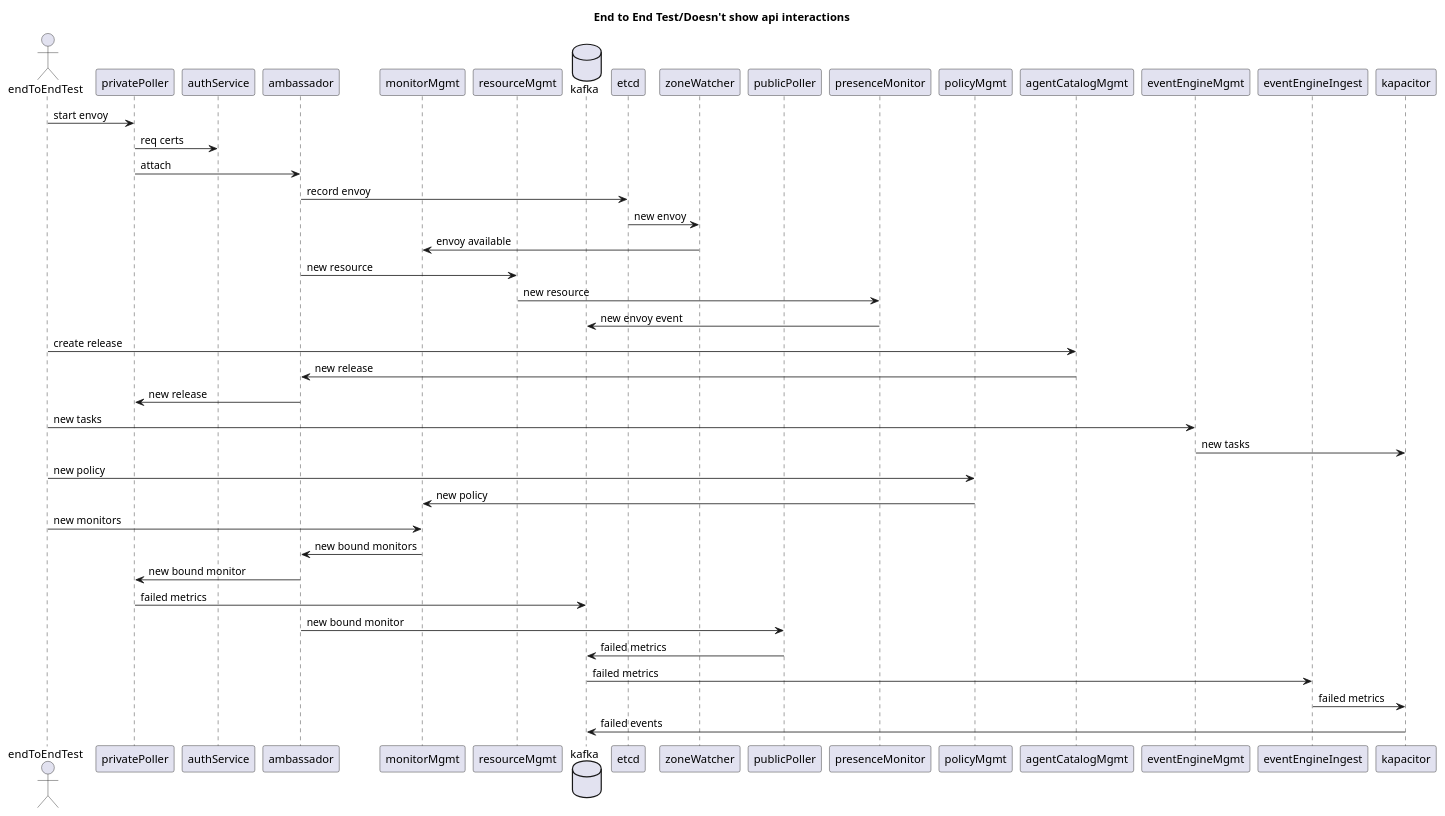
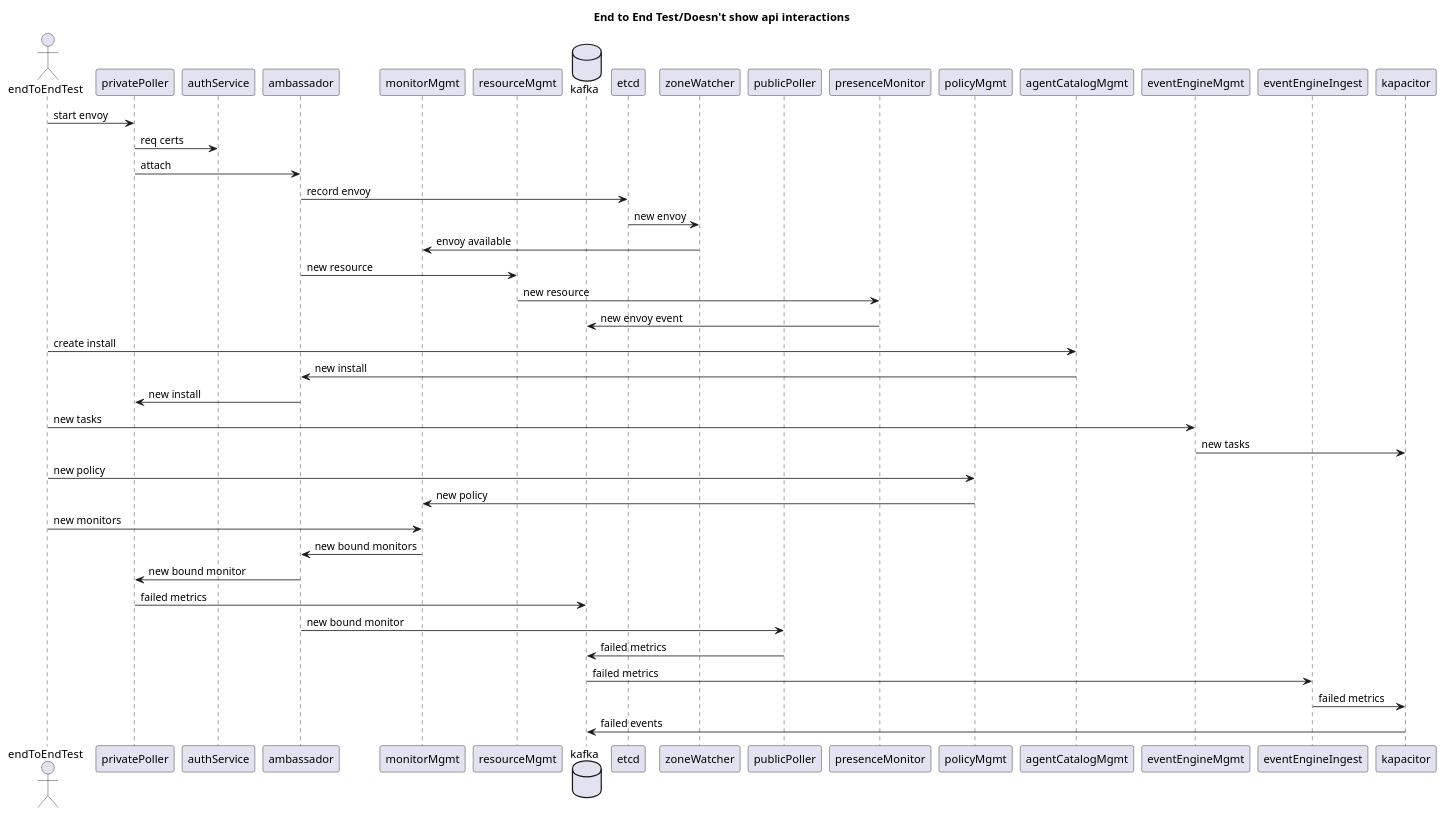
One commit to racker/salus-docs changed the diagram in design/end-to-end-test/diagram.puml. Above: the diagram before and after it, drawn with PlantUML. The commit also changed 1 other file, not shown here.

```diff
--- a/design/end-to-end-test/diagram.puml
+++ b/design/end-to-end-test/diagram.puml
@@ -1,49 +1,49 @@
 @startuml
 
 title End to End Test/Doesn't show api interactions
 
 actor endToEndTest as e2et
 participant privatePoller as en
 participant authService as auth
 participant ambassador as amb
 participant monitorMgmt as mm
 participant resourceMgmt as rm
 database kafka
 participant etcd
 participant zoneWatcher as zw
 participant publicPoller as pubP
 participant presenceMonitor as preM
 participant policyMgmt as polM
 participant agentCatalogMgmt as acm
 participant eventEngineMgmt as eem
 participant eventEngineIngest as eei
 participant kapacitor as kap
 
 
 e2et -> en: start envoy
 en -> auth: req certs
 en -> amb: attach
 amb -> etcd: record envoy
 etcd -> zw: new envoy
 zw -> mm: envoy available
 amb -> rm: new resource
 rm -> preM: new resource
 preM -> kafka: new envoy event
-e2et -> acm: create release
-acm -> amb: new release
-amb -> en: new release
+e2et -> acm: create install
+acm -> amb: new install
+amb -> en: new install
 e2et -> eem: new tasks
 eem -> kap: new tasks
 e2et -> polM: new policy
 polM -> mm: new policy
 e2et -> mm: new monitors
 mm -> amb: new bound monitors
 amb -> en: new bound monitor
 en -> kafka: failed metrics
 amb -> pubP: new bound monitor
 pubP -> kafka: failed metrics
 kafka -> eei: failed metrics
 eei -> kap: failed metrics
 kap -> kafka: failed events
 
 @enduml
```
